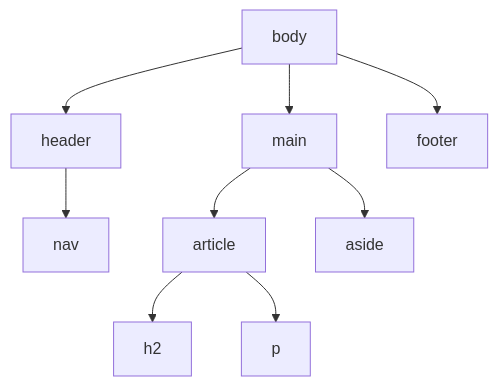
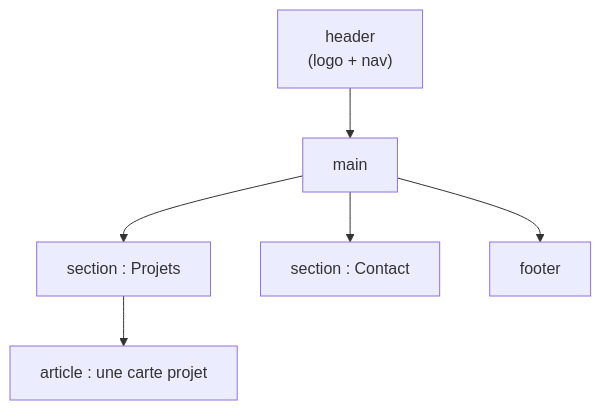
The diagram in 03-Langage/HTML-CSS/HTML-01-Structure-Semantique.md (galsen-76/Informatique-), drawn with Mermaid before and after one commit. The commit also changed other lines of this file and 41 other files, not shown here.

````diff
--- a/03-Langage/HTML-CSS/HTML-01-Structure-Semantique.md
+++ b/03-Langage/HTML-CSS/HTML-01-Structure-Semantique.md
@@ -75,8 +51,8 @@
 ```mermaid
 flowchart TB
-  body --> header --> nav
-  body --> main --> article --> h2
-  article --> p
-  main --> aside
-  body --> footer
+  H["header<br/>(logo + nav)"] --> M["main"]
+  M --> S1["section : Projets"]
+  M --> S2["section : Contact"]
+  S1 --> A1["article : une carte projet"]
+  M --> F["footer"]
 ```
````
